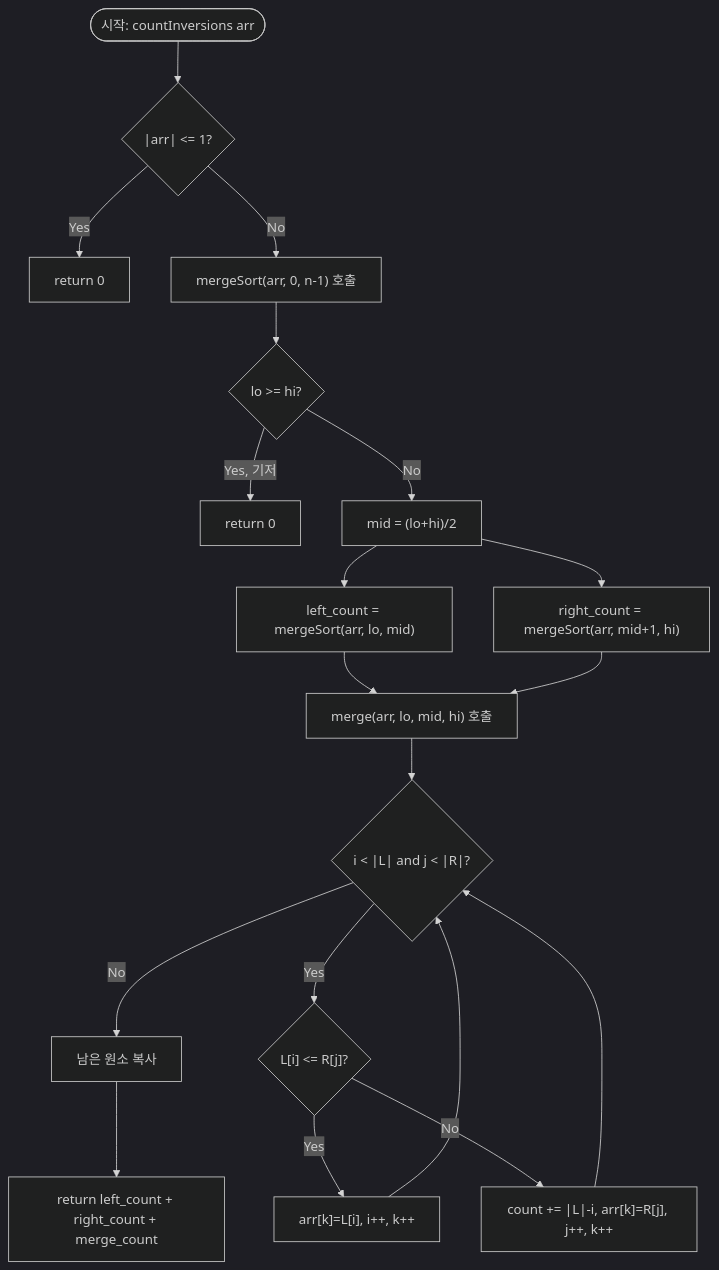
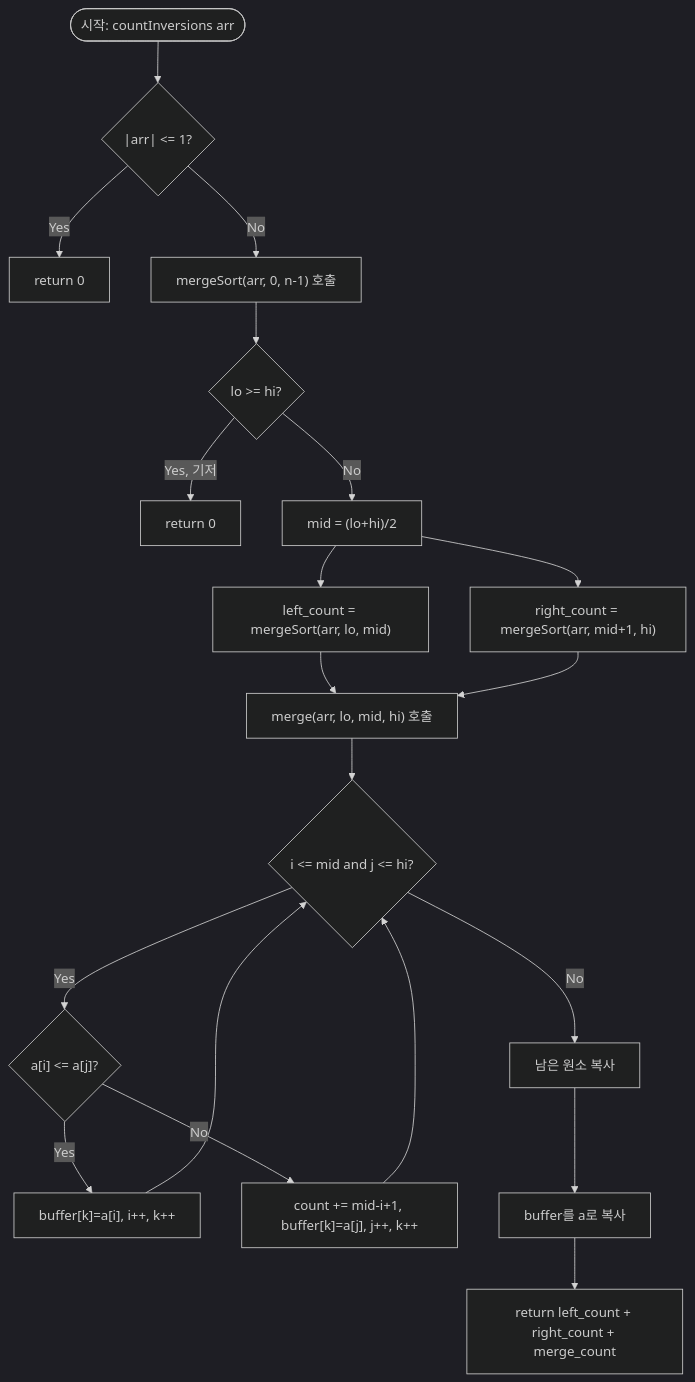
One commit to centurio1987/grow-up-programming changed the diagram in src/algorithms/advanced/countInversions/countInversions-guide.mdx. Above: the diagram before and after it, drawn with Mermaid (dark theme). The commit also changed other lines of this file and 21 other files, not shown here.

````diff
--- a/src/algorithms/advanced/countInversions/countInversions-guide.mdx
+++ b/src/algorithms/advanced/countInversions/countInversions-guide.mdx
@@ -227,23 +300,24 @@
 ```mermaid
 flowchart TD
     A([시작: countInversions arr]) --> B{"|arr| <= 1?"}
     B -->|Yes| C[return 0]
     B -->|No| D["mergeSort(arr, 0, n-1) 호출"]
 
-    D --> E{lo >= hi?}
+    D --> E{"lo >= hi?"}
     E -->|Yes, 기저| F[return 0]
     E -->|No| G["mid = (lo+hi)/2"]
     G --> H["left_count = mergeSort(arr, lo, mid)"]
     G --> I["right_count = mergeSort(arr, mid+1, hi)"]
     H --> J["merge(arr, lo, mid, hi) 호출"]
     I --> J
 
-    J --> K{"i < |L| and j < |R|?"}
+    J --> K{"i <= mid and j <= hi?"}
     K -->|No| N[남은 원소 복사]
-    K -->|Yes| L{"L[i] <= R[j]?"}
-    L -->|Yes| M1["arr[k]=L[i], i++, k++"]
-    L -->|No| M2["count += |L|-i, arr[k]=R[j], j++, k++"]
+    K -->|Yes| L{"a[i] <= a[j]?"}
+    L -->|Yes| M1["buffer[k]=a[i], i++, k++"]
+    L -->|No| M2["count += mid-i+1, buffer[k]=a[j], j++, k++"]
     M1 --> K
     M2 --> K
-    N --> O["return left_count + right_count + merge_count"]
+    N --> O["buffer를 a로 복사"]
+    O --> P["return left_count + right_count + merge_count"]
 ```
````
